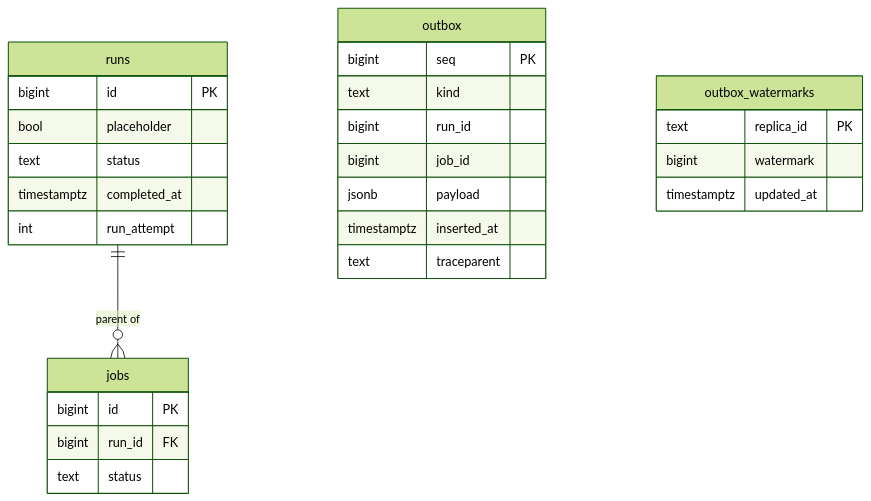
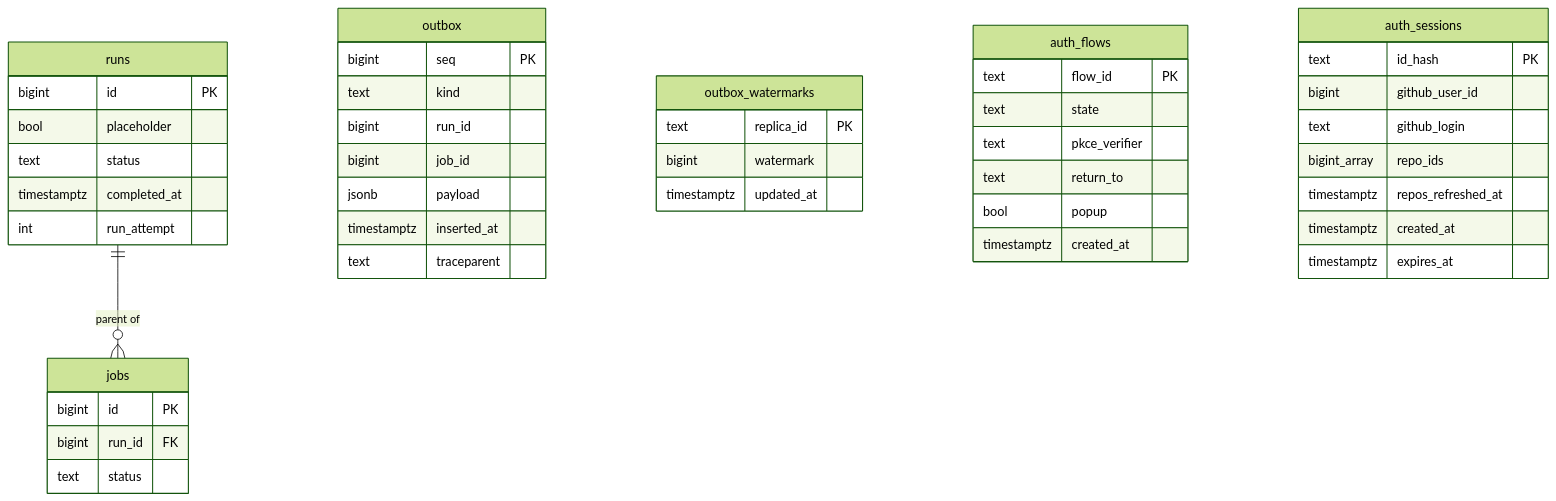
The third of 5 diagrams in docs/architecture/backend-server.md (bojanrajkovic/atc), drawn with Mermaid (forest theme) before and after one commit. The commit also changed other lines of this file and 17 other files, not shown here.

````diff
--- a/docs/architecture/backend-server.md
+++ b/docs/architecture/backend-server.md
@@ -137,31 +149,48 @@
 ```mermaid
 erDiagram
     runs {
         bigint id PK
         bool placeholder
         text status
         timestamptz completed_at
         int run_attempt
     }
     jobs {
         bigint id PK
         bigint run_id FK
         text status
     }
     outbox {
         bigint seq PK
         text kind
         bigint run_id
         bigint job_id
         jsonb payload
         timestamptz inserted_at
         text traceparent
     }
     outbox_watermarks {
         text replica_id PK
         bigint watermark
         timestamptz updated_at
     }
+    auth_flows {
+        text flow_id PK
+        text state
+        text pkce_verifier
+        text return_to
+        bool popup
+        timestamptz created_at
+    }
+    auth_sessions {
+        text id_hash PK
+        bigint github_user_id
+        text github_login
+        bigint_array repo_ids
+        timestamptz repos_refreshed_at
+        timestamptz created_at
+        timestamptz expires_at
+    }
 
     runs ||--o{ jobs : "parent of"
 ```
````
